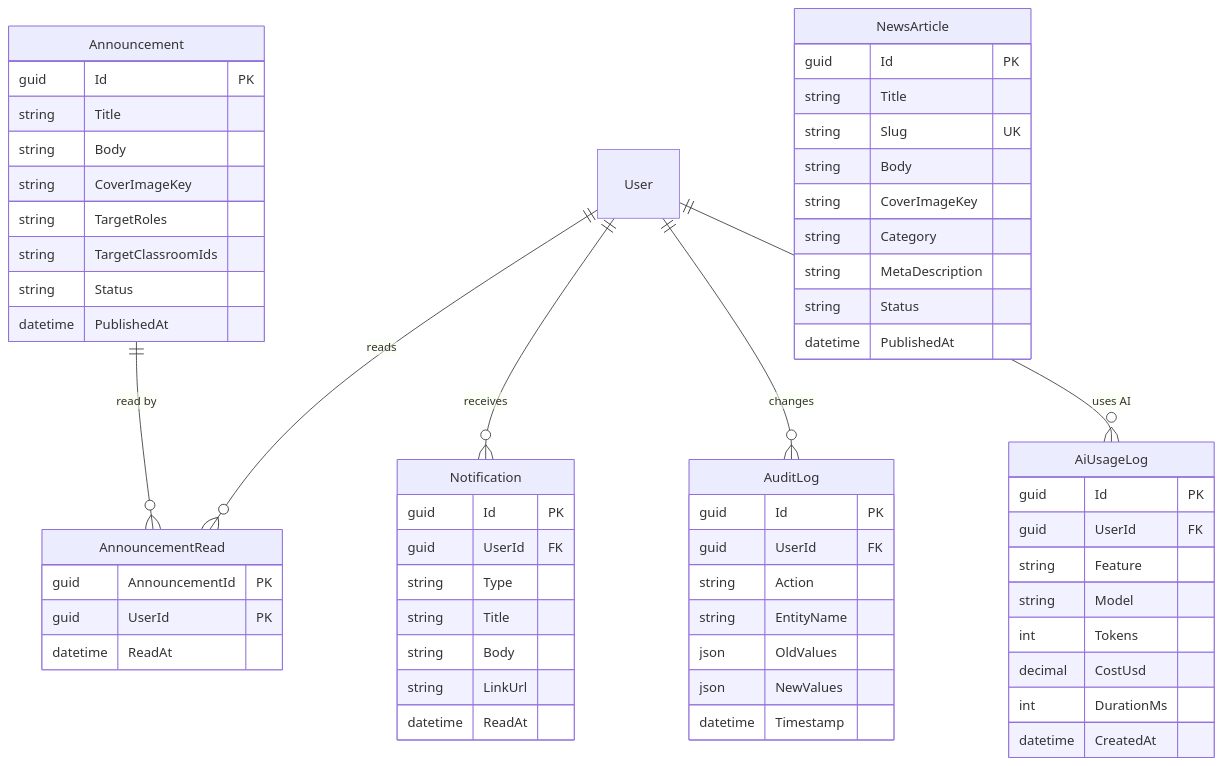
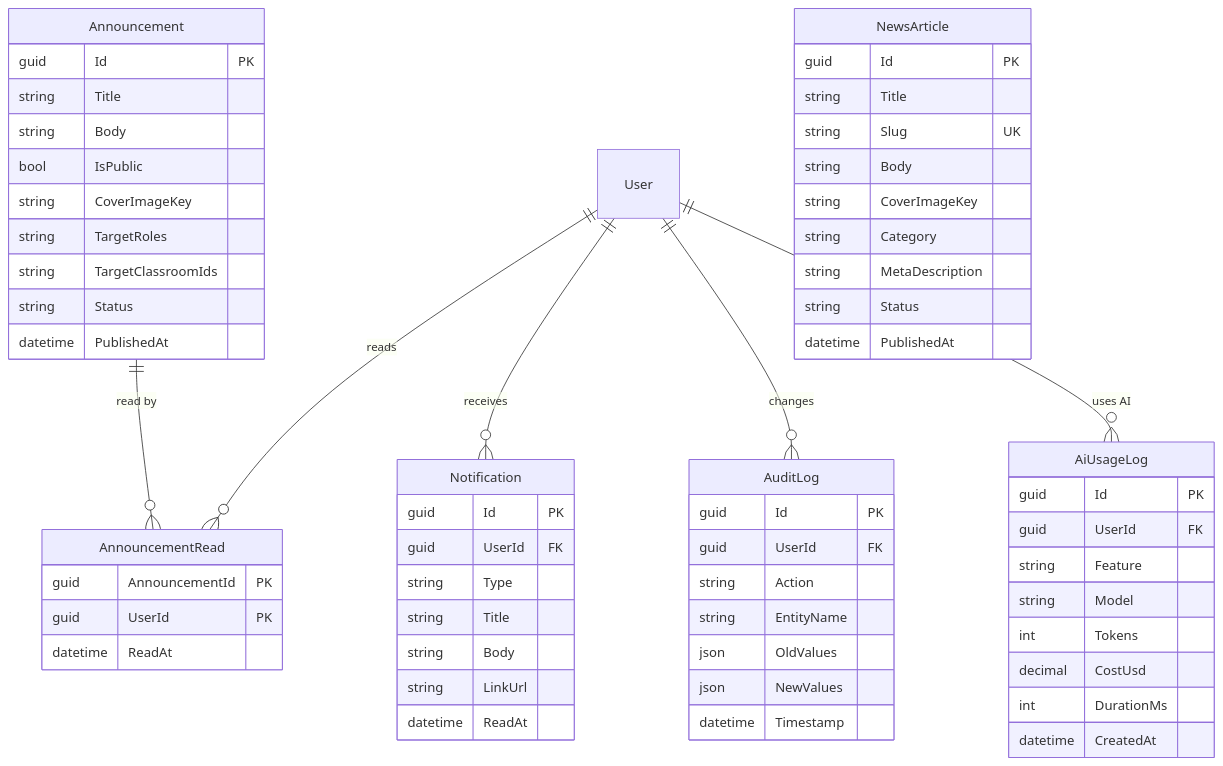
The seventh of 9 diagrams in docs/en/system-design.md (ridhwanhabib18/schomans), drawn with Mermaid before and after one commit. The commit also changed other lines of this file and 3 other files, not shown here.

````diff
--- a/docs/en/system-design.md
+++ b/docs/en/system-design.md
@@ -464,64 +464,65 @@
 ```mermaid
 %% Source: diagrams/erd.mmd (news, announcements, notifications, audit & AI)
 erDiagram
   Announcement ||--o{ AnnouncementRead : "read by"
   User ||--o{ AnnouncementRead : "reads"
   User ||--o{ Notification : "receives"
   User ||--o{ AuditLog : "changes"
   User ||--o{ AiUsageLog : "uses AI"
 
   NewsArticle {
     guid Id PK
     string Title
     string Slug UK
     string Body
     string CoverImageKey
     string Category
     string MetaDescription
     string Status
     datetime PublishedAt
   }
   Announcement {
     guid Id PK
     string Title
     string Body
+    bool IsPublic
     string CoverImageKey
     string TargetRoles
     string TargetClassroomIds
     string Status
     datetime PublishedAt
   }
   AnnouncementRead {
     guid AnnouncementId PK
     guid UserId PK
     datetime ReadAt
   }
   Notification {
     guid Id PK
     guid UserId FK
     string Type
     string Title
     string Body
     string LinkUrl
     datetime ReadAt
   }
   AuditLog {
     guid Id PK
     guid UserId FK
     string Action
     string EntityName
     json OldValues
     json NewValues
     datetime Timestamp
   }
   AiUsageLog {
     guid Id PK
     guid UserId FK
     string Feature
     string Model
     int Tokens
     decimal CostUsd
     int DurationMs
     datetime CreatedAt
   }
 ```
````
